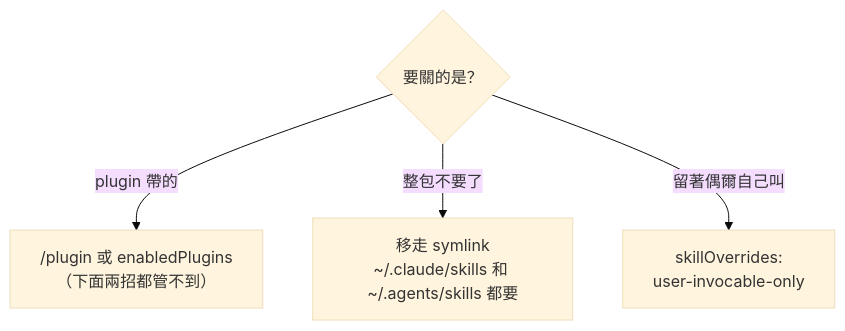
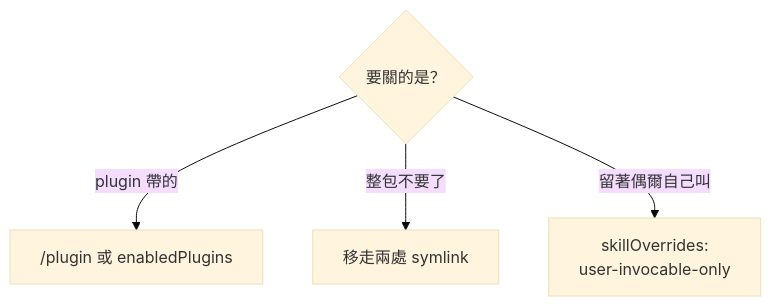
The second of 2 diagrams in docs/skills/README.md (henry5720/agent-config), drawn with Mermaid (base theme) before and after one commit. The commit also changed other lines of this file and 2 other files, not shown here.

Commit message:
docs: docs/skills 四張圖照「一張圖只講一件事」改寫
- README.md 挑哪個做法：節點只留動作，「兩招都管不到」與 symlink 路徑移到圖下
- slack-list.md 全貌：改成 sequenceDiagram，照時間排 PM、Slack List、agent、GitHub；
  local／OpenAB 的差別留給〈兩種跑法〉
- chrome-mcp.md 全貌：攤平巢狀 subgraph 成兩條路徑，拿掉 chrome-mcp 節點（下方已有它的流程圖）
- chrome-mcp.md 設定放在哪：mermaid 改成「設定｜在哪個 repo｜路徑｜作用」表格，
  sync 的去向交給下方既有的 client 表

henry5720/dotfiles#99

````diff
--- a/docs/skills/README.md
+++ b/docs/skills/README.md
@@ -88,7 +88,7 @@
 ```mermaid
 flowchart TD
   Q{"要關的是？"}
-  Q -- "plugin 帶的" --> P["/plugin 或 enabledPlugins<br/>（下面兩招都管不到）"]
-  Q -- "整包不要了" --> M["移走 symlink<br/>~/.claude/skills 和 ~/.agents/skills 都要"]
+  Q -- "plugin 帶的" --> P["/plugin 或 enabledPlugins"]
+  Q -- "整包不要了" --> M["移走兩處 symlink"]
   Q -- "留著偶爾自己叫" --> O["skillOverrides:<br/>user-invocable-only"]
 ```
````
